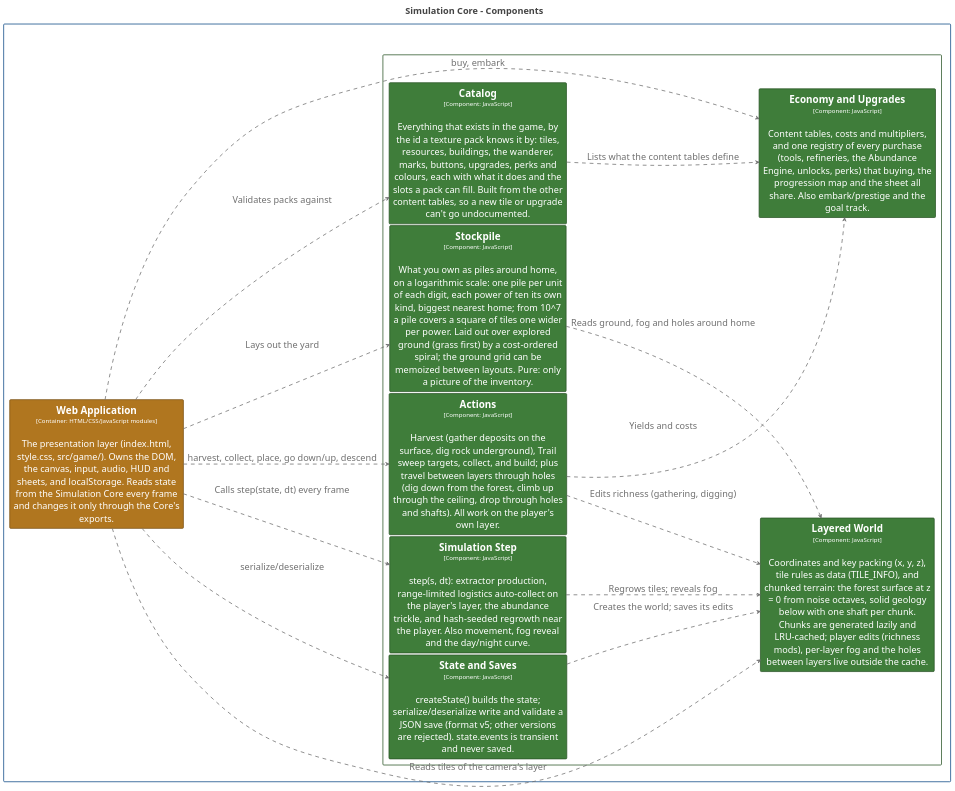
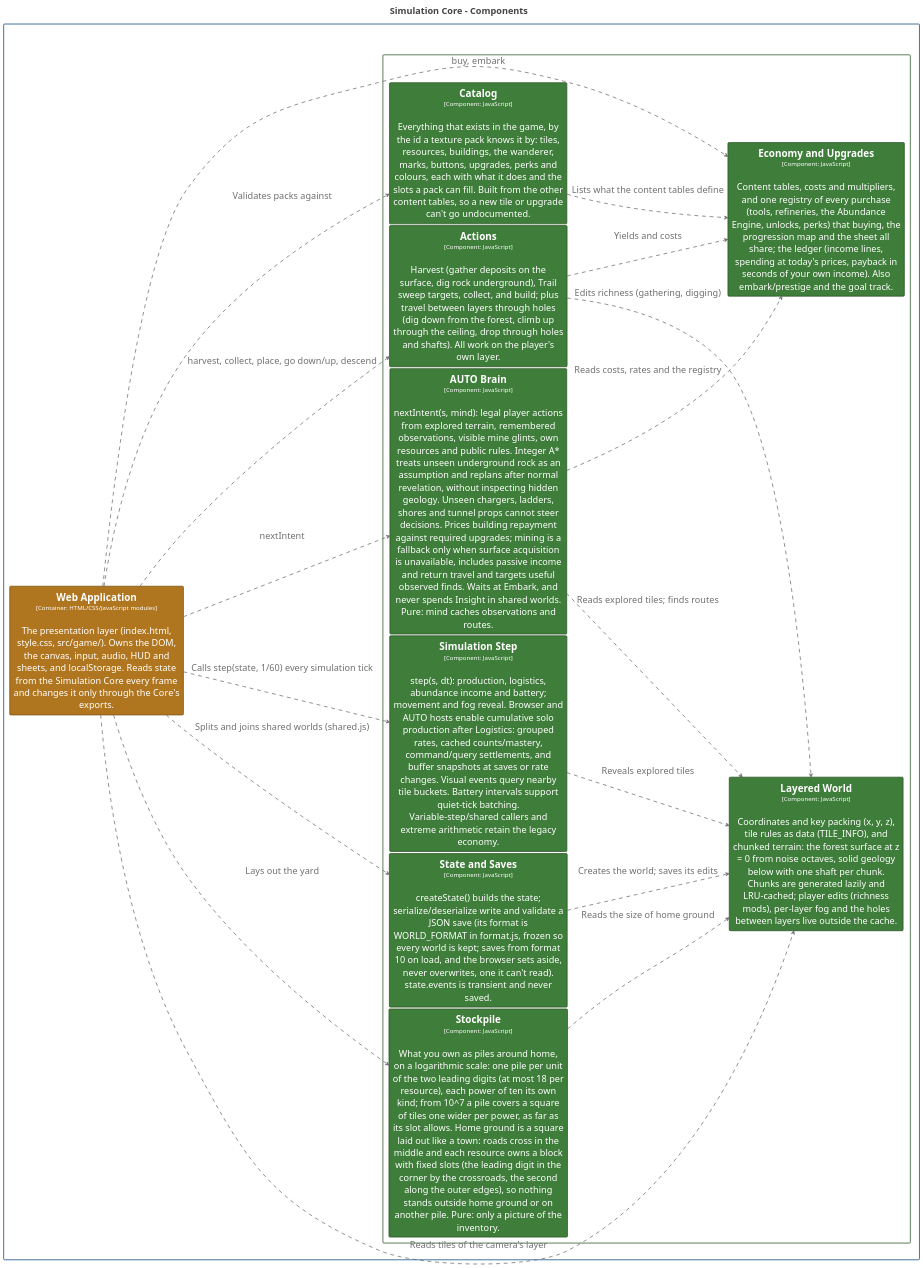
The diagram in structurizr/diagrams/CoreComponents.puml (bitkojine/more-than-enough), drawn with PlantUML before and after one commit. The commit also changed 82 other files, not shown here.

Commit message:
v0.131.4: scale simulation and make AUTO fair and surface-first

```diff
--- a/structurizr/diagrams/CoreComponents.puml
+++ b/structurizr/diagrams/CoreComponents.puml
@@ -2,100 +2,104 @@
 @startuml
 title <size:24>Simulation Core - Components</size>
 
 set separator none
 left to right direction
 skinparam ranksep 20
 skinparam nodesep 5
 hide stereotype
 
 <style>
   root {
     BackgroundColor: #ffffff;
     FontColor: #444444;
   }
   // Element,Component,Core Engine
   .Element-RWxlbWVudCxDb21wb25lbnQsQ29yZSBFbmdpbmU= {
     BackgroundColor: #3f7d3a;
     LineColor: #2c5728;
     LineStyle: 0;
     LineThickness: 2;
     FontColor: #ffffff;
     FontSize: 24;
     HorizontalAlignment: center;
     Shadowing: 0;
     MaximumWidth: 450;
   }
   // Element,Container,Presentation
   .Element-RWxlbWVudCxDb250YWluZXIsUHJlc2VudGF0aW9u {
     BackgroundColor: #b0761f;
     LineColor: #7b5215;
     LineStyle: 0;
     LineThickness: 2;
     FontColor: #ffffff;
     FontSize: 24;
     HorizontalAlignment: center;
     Shadowing: 0;
     MaximumWidth: 450;
   }
   // Relationship
   .Relationship-UmVsYXRpb25zaGlw {
     LineThickness: 2;
     LineStyle: 10-10;
     LineColor: #707070;
     FontColor: #707070;
     FontSize: 24;
     MaximumWidth: 200;
   }
   // MORE THAN ENOUGH
   .Boundary-TU9SRSBUSEFOIEVOT1VHSA== {
     BackgroundColor: #ffffff;
     LineColor: #0b4884;
     LineStyle: 0;
     LineThickness: 2;
     FontColor: #ffffff;
     FontSize: 24;
     HorizontalAlignment: center;
     Shadowing: 0;
   }
   // Simulation Core
   .Boundary-U2ltdWxhdGlvbiBDb3Jl {
     BackgroundColor: #ffffff;
     LineColor: #2c5728;
     LineStyle: 0;
     LineThickness: 2;
     FontColor: #ffffff;
     FontSize: 24;
     HorizontalAlignment: center;
     Shadowing: 0;
   }
 </style>
 
 rectangle "MORE THAN ENOUGH\n<size:16>[Software System]</size>" <<Boundary-TU9SRSBUSEFOIEVOT1VHSA==>> {
   rectangle "Simulation Core\n<size:16>[Container: JavaScript modules (browser + Node)]</size>" <<Boundary-U2ltdWxhdGlvbiBDb3Jl>> {
     rectangle "==Layered World\n<size:16>[Component: JavaScript]</size>\n\nCoordinates and key packing (x, y, z), tile rules as data (TILE_INFO), and chunked terrain: the forest surface at z = 0 from noise octaves, solid geology below with one shaft per chunk. Chunks are generated lazily and LRU-cached; player edits (richness mods), per-layer fog and the holes between layers live outside the cache." <<Element-RWxlbWVudCxDb21wb25lbnQsQ29yZSBFbmdpbmU=>> as MORETHANENOUGH.SimulationCore.LayeredWorld
-    rectangle "==State and Saves\n<size:16>[Component: JavaScript]</size>\n\ncreateState() builds the state; serialize/deserialize write and validate a JSON save (format v5; other versions are rejected). state.events is transient and never saved." <<Element-RWxlbWVudCxDb21wb25lbnQsQ29yZSBFbmdpbmU=>> as MORETHANENOUGH.SimulationCore.StateandSaves
-    rectangle "==Simulation Step\n<size:16>[Component: JavaScript]</size>\n\nstep(s, dt): extractor production, range-limited logistics auto-collect on the player's layer, the abundance trickle, and hash-seeded regrowth near the player. Also movement, fog reveal and the day/night curve." <<Element-RWxlbWVudCxDb21wb25lbnQsQ29yZSBFbmdpbmU=>> as MORETHANENOUGH.SimulationCore.SimulationStep
+    rectangle "==State and Saves\n<size:16>[Component: JavaScript]</size>\n\ncreateState() builds the state; serialize/deserialize write and validate a JSON save (its format is WORLD_FORMAT in format.js, frozen so every world is kept; saves from format 10 on load, and the browser sets aside, never overwrites, one it can't read). state.events is transient and never saved." <<Element-RWxlbWVudCxDb21wb25lbnQsQ29yZSBFbmdpbmU=>> as MORETHANENOUGH.SimulationCore.StateandSaves
+    rectangle "==Simulation Step\n<size:16>[Component: JavaScript]</size>\n\nstep(s, dt): production, logistics, abundance income and battery; movement and fog reveal. Browser and AUTO hosts enable cumulative solo production after Logistics: grouped rates, cached counts/mastery, command/query settlements, and buffer snapshots at saves or rate changes. Visual events query nearby tile buckets. Battery intervals support quiet-tick batching. Variable-step/shared callers and extreme arithmetic retain the legacy economy." <<Element-RWxlbWVudCxDb21wb25lbnQsQ29yZSBFbmdpbmU=>> as MORETHANENOUGH.SimulationCore.SimulationStep
     rectangle "==Actions\n<size:16>[Component: JavaScript]</size>\n\nHarvest (gather deposits on the surface, dig rock underground), Trail sweep targets, collect, and build; plus travel between layers through holes (dig down from the forest, climb up through the ceiling, drop through holes and shafts). All work on the player's own layer." <<Element-RWxlbWVudCxDb21wb25lbnQsQ29yZSBFbmdpbmU=>> as MORETHANENOUGH.SimulationCore.Actions
-    rectangle "==Stockpile\n<size:16>[Component: JavaScript]</size>\n\nWhat you own as piles around home, on a logarithmic scale: one pile per unit of each digit, each power of ten its own kind, biggest nearest home; from 10^7 a pile covers a square of tiles one wider per power. Laid out over explored ground (grass first) by a cost-ordered spiral; the ground grid can be memoized between layouts. Pure: only a picture of the inventory." <<Element-RWxlbWVudCxDb21wb25lbnQsQ29yZSBFbmdpbmU=>> as MORETHANENOUGH.SimulationCore.Stockpile
+    rectangle "==AUTO Brain\n<size:16>[Component: JavaScript]</size>\n\nnextIntent(s, mind): legal player actions from explored terrain, remembered observations, visible mine glints, own resources and public rules. Integer A* treats unseen underground rock as an assumption and replans after normal revelation, without inspecting hidden geology. Unseen chargers, ladders, shores and tunnel props cannot steer decisions. Prices building repayment against required upgrades; mining is a fallback only when surface acquisition is unavailable, includes passive income and return travel and targets useful observed finds. Waits at Embark, and never spends Insight in shared worlds. Pure: mind caches observations and routes." <<Element-RWxlbWVudCxDb21wb25lbnQsQ29yZSBFbmdpbmU=>> as MORETHANENOUGH.SimulationCore.AUTOBrain
+    rectangle "==Stockpile\n<size:16>[Component: JavaScript]</size>\n\nWhat you own as piles around home, on a logarithmic scale: one pile per unit of the two leading digits (at most 18 per resource), each power of ten its own kind; from 10^7 a pile covers a square of tiles one wider per power, as far as its slot allows. Home ground is a square laid out like a town: roads cross in the middle and each resource owns a block with fixed slots (the leading digit in the corner by the crossroads, the second along the outer edges), so nothing stands outside home ground or on another pile. Pure: only a picture of the inventory." <<Element-RWxlbWVudCxDb21wb25lbnQsQ29yZSBFbmdpbmU=>> as MORETHANENOUGH.SimulationCore.Stockpile
     rectangle "==Catalog\n<size:16>[Component: JavaScript]</size>\n\nEverything that exists in the game, by the id a texture pack knows it by: tiles, resources, buildings, the wanderer, marks, buttons, upgrades, perks and colours, each with what it does and the slots a pack can fill. Built from the other content tables, so a new tile or upgrade can't go undocumented." <<Element-RWxlbWVudCxDb21wb25lbnQsQ29yZSBFbmdpbmU=>> as MORETHANENOUGH.SimulationCore.Catalog
-    rectangle "==Economy and Upgrades\n<size:16>[Component: JavaScript]</size>\n\nContent tables, costs and multipliers, and one registry of every purchase (tools, refineries, the Abundance Engine, unlocks, perks) that buying, the progression map and the sheet all share. Also embark/prestige and the goal track." <<Element-RWxlbWVudCxDb21wb25lbnQsQ29yZSBFbmdpbmU=>> as MORETHANENOUGH.SimulationCore.EconomyandUpgrades
+    rectangle "==Economy and Upgrades\n<size:16>[Component: JavaScript]</size>\n\nContent tables, costs and multipliers, and one registry of every purchase (tools, refineries, the Abundance Engine, unlocks, perks) that buying, the progression map and the sheet all share; the ledger (income lines, spending at today's prices, payback in seconds of your own income). Also embark/prestige and the goal track." <<Element-RWxlbWVudCxDb21wb25lbnQsQ29yZSBFbmdpbmU=>> as MORETHANENOUGH.SimulationCore.EconomyandUpgrades
   }
 
   rectangle "==Web Application\n<size:16>[Container: HTML/CSS/JavaScript modules]</size>\n\nThe presentation layer (index.html, style.css, src/game/). Owns the DOM, the canvas, input, audio, HUD and sheets, and localStorage. Reads state from the Simulation Core every frame and changes it only through the Core's exports." <<Element-RWxlbWVudCxDb250YWluZXIsUHJlc2VudGF0aW9u>> as MORETHANENOUGH.WebApplication
 }
 
-MORETHANENOUGH.WebApplication --> MORETHANENOUGH.SimulationCore.SimulationStep <<Relationship-UmVsYXRpb25zaGlw>> : "Calls step(state, dt) every frame"
+MORETHANENOUGH.WebApplication --> MORETHANENOUGH.SimulationCore.Stockpile <<Relationship-UmVsYXRpb25zaGlw>> : "Lays out the yard"
+MORETHANENOUGH.SimulationCore.Stockpile --> MORETHANENOUGH.SimulationCore.LayeredWorld <<Relationship-UmVsYXRpb25zaGlw>> : "Reads the size of home ground"
+MORETHANENOUGH.WebApplication --> MORETHANENOUGH.SimulationCore.Catalog <<Relationship-UmVsYXRpb25zaGlw>> : "Validates packs against"
+MORETHANENOUGH.SimulationCore.Catalog --> MORETHANENOUGH.SimulationCore.EconomyandUpgrades <<Relationship-UmVsYXRpb25zaGlw>> : "Lists what the content tables define"
+MORETHANENOUGH.SimulationCore.SimulationStep --> MORETHANENOUGH.SimulationCore.LayeredWorld <<Relationship-UmVsYXRpb25zaGlw>> : "Reveals explored tiles"
+MORETHANENOUGH.SimulationCore.Actions --> MORETHANENOUGH.SimulationCore.LayeredWorld <<Relationship-UmVsYXRpb25zaGlw>> : "Edits richness (gathering, digging)"
+MORETHANENOUGH.SimulationCore.Actions --> MORETHANENOUGH.SimulationCore.EconomyandUpgrades <<Relationship-UmVsYXRpb25zaGlw>> : "Yields and costs"
+MORETHANENOUGH.SimulationCore.StateandSaves --> MORETHANENOUGH.SimulationCore.LayeredWorld <<Relationship-UmVsYXRpb25zaGlw>> : "Creates the world; saves its edits"
+MORETHANENOUGH.WebApplication --> MORETHANENOUGH.SimulationCore.StateandSaves <<Relationship-UmVsYXRpb25zaGlw>> : "Splits and joins shared worlds (shared.js)"
+MORETHANENOUGH.WebApplication --> MORETHANENOUGH.SimulationCore.AUTOBrain <<Relationship-UmVsYXRpb25zaGlw>> : "nextIntent"
+MORETHANENOUGH.SimulationCore.AUTOBrain --> MORETHANENOUGH.SimulationCore.LayeredWorld <<Relationship-UmVsYXRpb25zaGlw>> : "Reads explored tiles; finds routes"
+MORETHANENOUGH.SimulationCore.AUTOBrain --> MORETHANENOUGH.SimulationCore.EconomyandUpgrades <<Relationship-UmVsYXRpb25zaGlw>> : "Reads costs, rates and the registry"
+MORETHANENOUGH.WebApplication --> MORETHANENOUGH.SimulationCore.SimulationStep <<Relationship-UmVsYXRpb25zaGlw>> : "Calls step(state, 1/60) every simulation tick"
 MORETHANENOUGH.WebApplication --> MORETHANENOUGH.SimulationCore.Actions <<Relationship-UmVsYXRpb25zaGlw>> : "harvest, collect, place, go down/up, descend"
 MORETHANENOUGH.WebApplication --> MORETHANENOUGH.SimulationCore.EconomyandUpgrades <<Relationship-UmVsYXRpb25zaGlw>> : "buy, embark"
 MORETHANENOUGH.WebApplication --> MORETHANENOUGH.SimulationCore.LayeredWorld <<Relationship-UmVsYXRpb25zaGlw>> : "Reads tiles of the camera's layer"
-MORETHANENOUGH.WebApplication --> MORETHANENOUGH.SimulationCore.StateandSaves <<Relationship-UmVsYXRpb25zaGlw>> : "serialize/deserialize"
-MORETHANENOUGH.WebApplication --> MORETHANENOUGH.SimulationCore.Stockpile <<Relationship-UmVsYXRpb25zaGlw>> : "Lays out the yard"
-MORETHANENOUGH.SimulationCore.Stockpile --> MORETHANENOUGH.SimulationCore.LayeredWorld <<Relationship-UmVsYXRpb25zaGlw>> : "Reads ground, fog and holes around home"
-MORETHANENOUGH.WebApplication --> MORETHANENOUGH.SimulationCore.Catalog <<Relationship-UmVsYXRpb25zaGlw>> : "Validates packs against"
-MORETHANENOUGH.SimulationCore.Catalog --> MORETHANENOUGH.SimulationCore.EconomyandUpgrades <<Relationship-UmVsYXRpb25zaGlw>> : "Lists what the content tables define"
-MORETHANENOUGH.SimulationCore.SimulationStep --> MORETHANENOUGH.SimulationCore.LayeredWorld <<Relationship-UmVsYXRpb25zaGlw>> : "Regrows tiles; reveals fog"
-MORETHANENOUGH.SimulationCore.Actions --> MORETHANENOUGH.SimulationCore.LayeredWorld <<Relationship-UmVsYXRpb25zaGlw>> : "Edits richness (gathering, digging)"
-MORETHANENOUGH.SimulationCore.Actions --> MORETHANENOUGH.SimulationCore.EconomyandUpgrades <<Relationship-UmVsYXRpb25zaGlw>> : "Yields and costs"
-MORETHANENOUGH.SimulationCore.StateandSaves --> MORETHANENOUGH.SimulationCore.LayeredWorld <<Relationship-UmVsYXRpb25zaGlw>> : "Creates the world; saves its edits"
 
 @enduml
```
